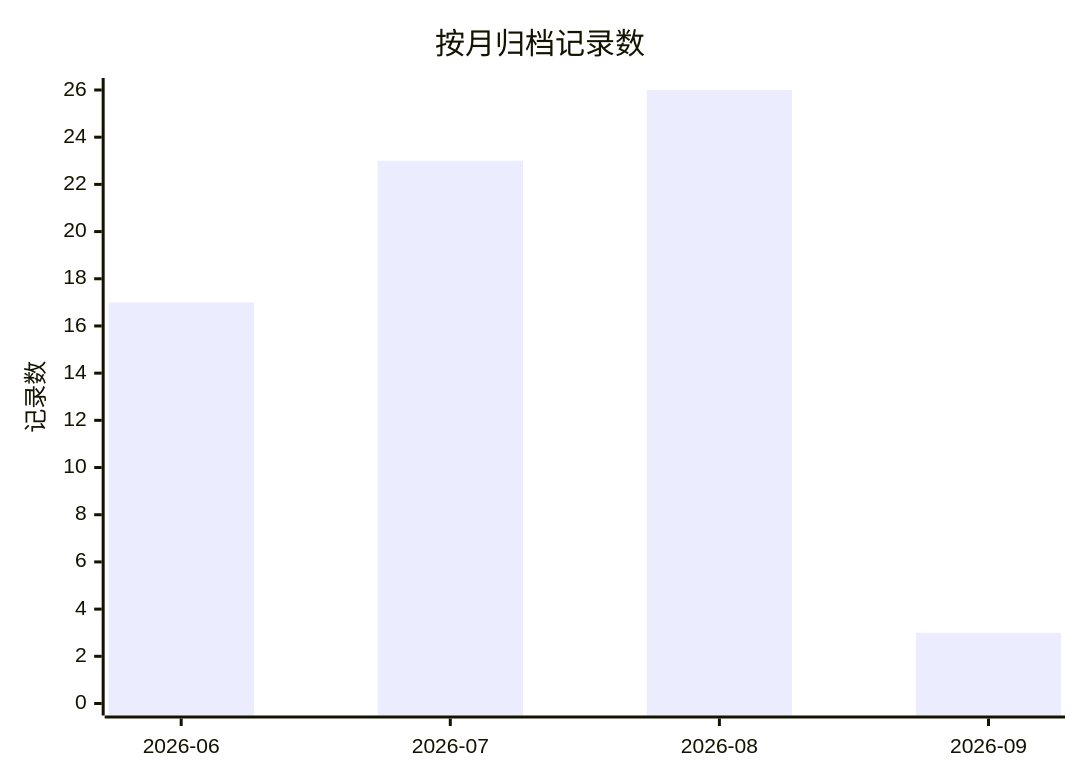
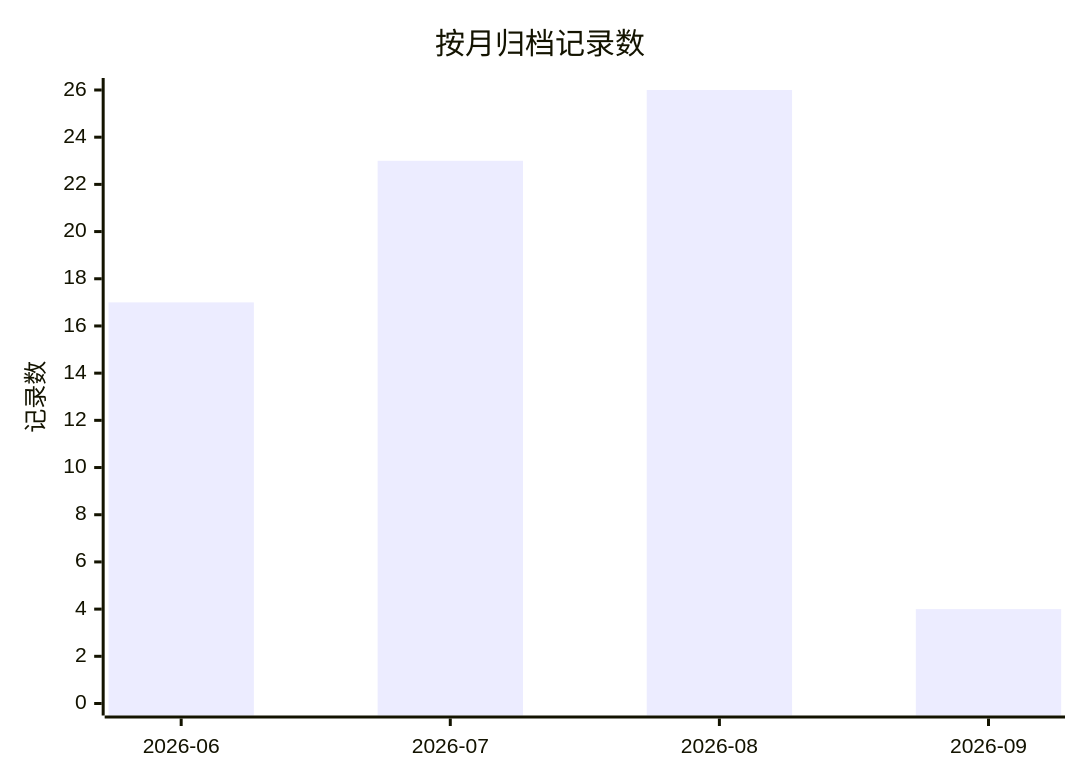
One commit to golddream-y/obsidian-ratel changed the first of 2 diagrams in docs/superpowers/ARCHIVE.md. Above: the diagram before and after it, drawn with Mermaid. The commit also changed other lines of this file and 9 other files, not shown here.

````diff
--- a/docs/superpowers/ARCHIVE.md
+++ b/docs/superpowers/ARCHIVE.md
@@ -14,7 +14,7 @@
 ```mermaid
 xychart-beta
     title "按月归档记录数"
     x-axis ["2026-06", "2026-07", "2026-08", "2026-09"]
     y-axis "记录数" 0 --> 26
-    bar [17, 23, 26, 3]
+    bar [17, 23, 26, 4]
 ```
````
